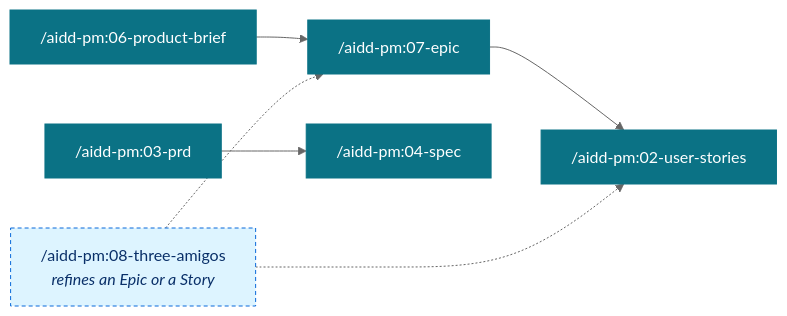
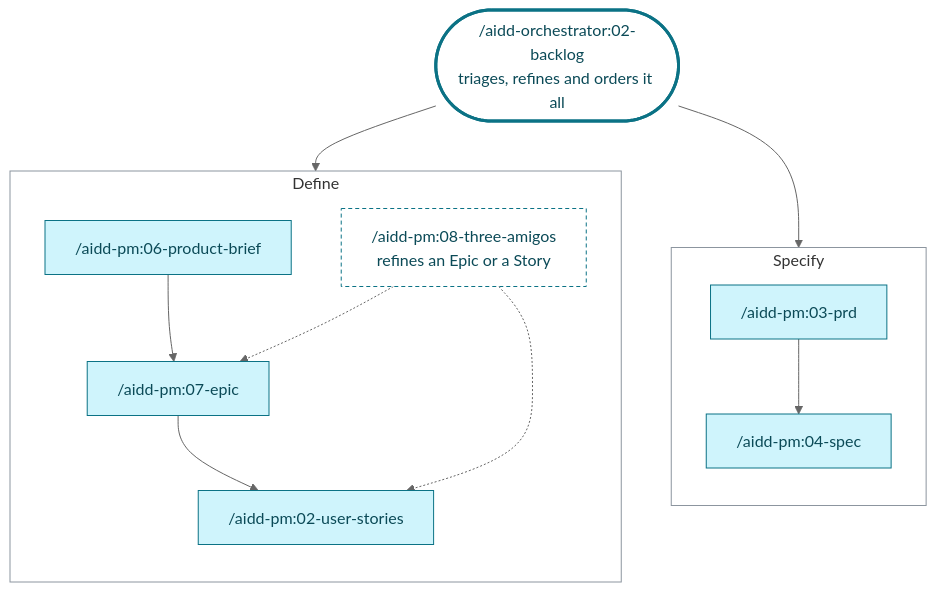
The seventh of 7 diagrams in docs/GUIDES.md (ai-driven-dev/framework), drawn with Mermaid (neutral theme) before and after one commit. The commit also changed other lines of this file and 11 other files, not shown here.

First line of the commit message:
docs: soften diagram colors, order guides by project life, simplify compatibility and maintainers

````diff
--- a/docs/GUIDES.md
+++ b/docs/GUIDES.md
@@ -225,11 +229,24 @@
 ```mermaid
-flowchart LR
-  brief["/aidd-pm:06-product-brief"] --> epic["/aidd-pm:07-epic"] --> stories["/aidd-pm:02-user-stories"]
-  prd["/aidd-pm:03-prd"] --> spec["/aidd-pm:04-spec"]
-  amigos["/aidd-pm:08-three-amigos<br/><i>refines an Epic or a Story</i>"] -.-> epic
-  amigos -.-> stories
-  classDef plan fill:#0b7285,stroke:#0b7285,color:#fff
-  classDef side fill:#ddf4ff,stroke:#0969da,stroke-dasharray:4 3,color:#0a3069
-  class brief,epic,stories,prd,spec plan
+flowchart TD
+  backlog(["/aidd-orchestrator:02-backlog<br/>triages, refines and orders it all"])
+  subgraph define["Define"]
+    direction TB
+    brief["/aidd-pm:06-product-brief"] --> epic["/aidd-pm:07-epic"] --> stories["/aidd-pm:02-user-stories"]
+    amigos["/aidd-pm:08-three-amigos<br/>refines an Epic or a Story"] -.-> epic
+    amigos -.-> stories
+  end
+  subgraph specify["Specify"]
+    direction TB
+    prd["/aidd-pm:03-prd"] --> specDoc["/aidd-pm:04-spec"]
+  end
+  backlog --> define
+  backlog --> specify
+  classDef plan fill:#cff4fc,stroke:#0b7285,color:#0b4a57
+  classDef side fill:#fff,stroke:#0b7285,stroke-dasharray:4 3,color:#0b4a57
+  classDef entry fill:#fff,stroke:#0b7285,stroke-width:3px,color:#0b4a57
+  class brief,epic,stories,prd,specDoc plan
   class amigos side
+  class backlog entry
+  style define fill:none,stroke:#8c959f
+  style specify fill:none,stroke:#8c959f
 ```
````
